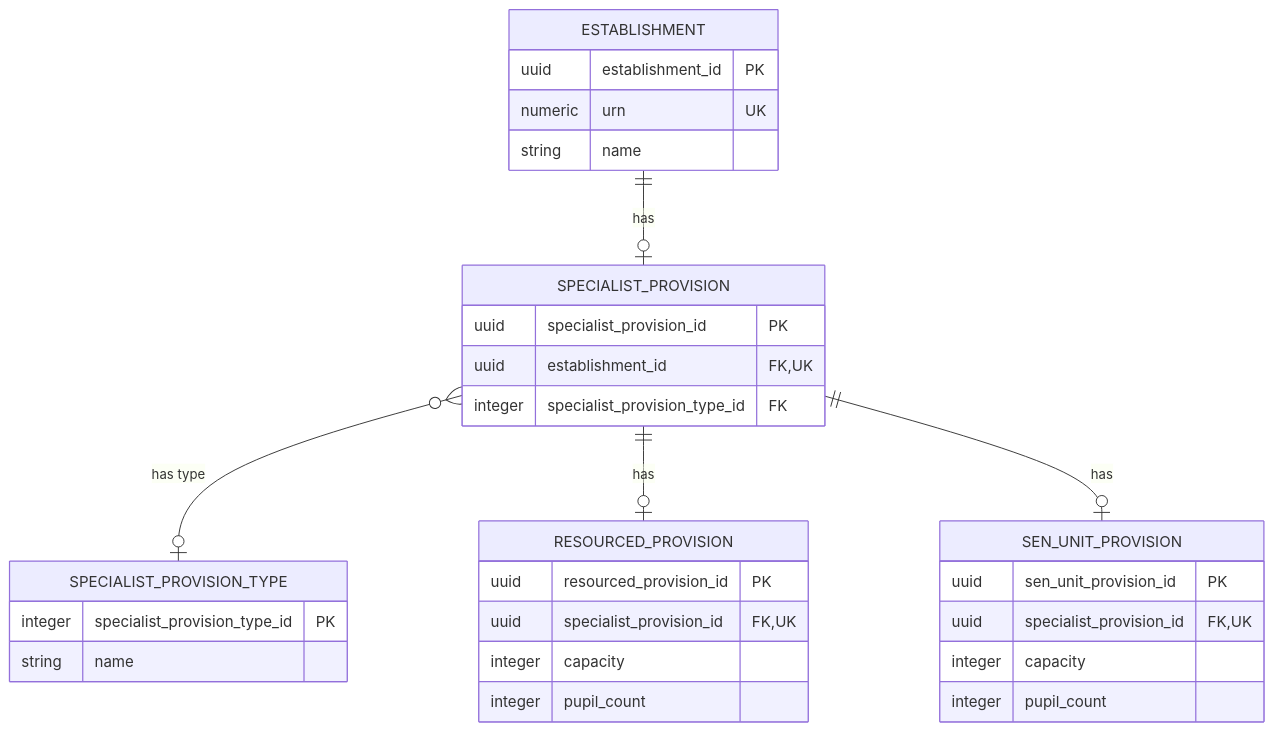
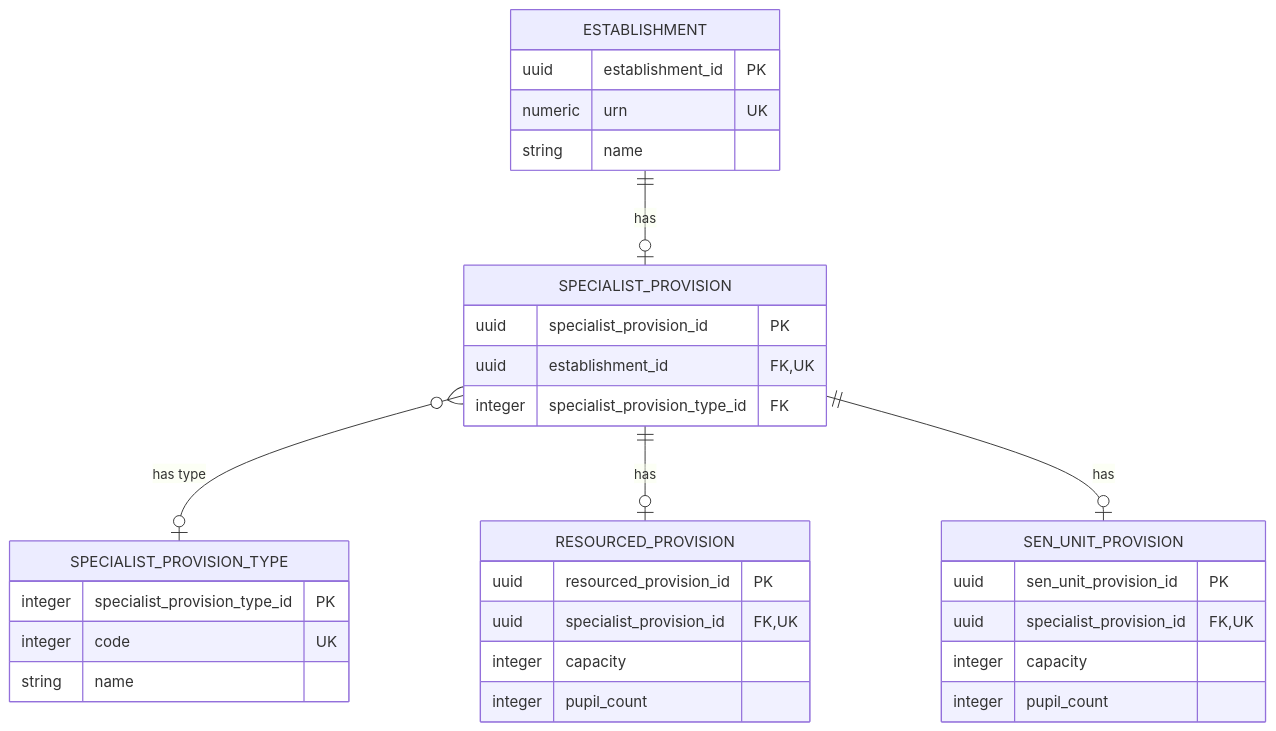
Before and after one commit to DFE-Digital/education-provider-registry-docs: the diagram in models/logical/establishment/specialist-provision.md, drawn with Mermaid. The commit also changed other lines of this file and 55 other files, not shown here.

````diff
--- a/models/logical/establishment/specialist-provision.md
+++ b/models/logical/establishment/specialist-provision.md
@@ -9,38 +12,39 @@
 ```mermaid
 erDiagram
     ESTABLISHMENT ||--o| SPECIALIST_PROVISION : "has"
     SPECIALIST_PROVISION }o--o| SPECIALIST_PROVISION_TYPE : "has type"
     SPECIALIST_PROVISION ||--o| RESOURCED_PROVISION : "has"
     SPECIALIST_PROVISION ||--o| SEN_UNIT_PROVISION : "has"
 
     ESTABLISHMENT {
         uuid establishment_id PK
         numeric urn UK
         string name
     }
 
     SPECIALIST_PROVISION {
         uuid specialist_provision_id PK
         uuid establishment_id FK, UK
         integer specialist_provision_type_id FK
     }
 
     SPECIALIST_PROVISION_TYPE {
         integer specialist_provision_type_id PK
+        integer code UK
         string name
     }
 
     RESOURCED_PROVISION {
         uuid resourced_provision_id PK
         uuid specialist_provision_id FK, UK
         integer capacity
         integer pupil_count
     }
 
     SEN_UNIT_PROVISION {
         uuid sen_unit_provision_id PK
         uuid specialist_provision_id FK, UK
         integer capacity
         integer pupil_count
     }
 ```
````
